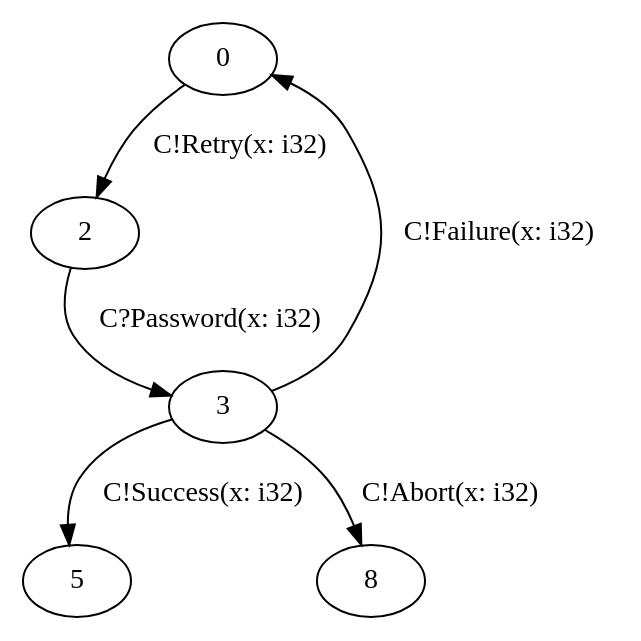
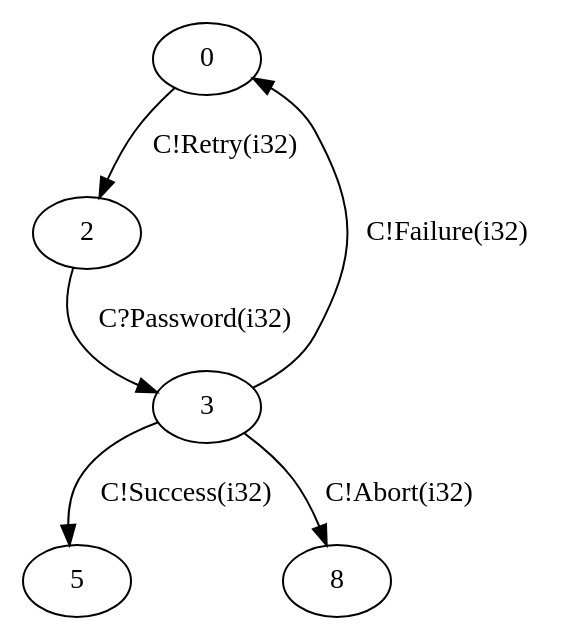
The diagram in examples/Running examples/simple_auth/S.dot (zakcutner/rumpsteak), drawn with Graphviz before and after one commit. The commit also changed 2 other files, not shown here.

```diff
--- a/examples/Running examples/simple_auth/S.dot
+++ b/examples/Running examples/simple_auth/S.dot
@@ -1,15 +1,15 @@
 digraph S {
   0;
   2;
   3;
   5;
   8;
   
   
-  0 -> 2 [label="C!Retry(x: i32)", ];
-  2 -> 3 [label="C?Password(x: i32)", ];
-  3 -> 0 [label="C!Failure(x: i32)", ];
-  3 -> 5 [label="C!Success(x: i32)", ];
-  3 -> 8 [label="C!Abort(x: i32)", ];
+  0 -> 2 [label="C!Retry(i32)", ];
+  2 -> 3 [label="C?Password(i32)", ];
+  3 -> 0 [label="C!Failure(i32)", ];
+  3 -> 5 [label="C!Success(i32)", ];
+  3 -> 8 [label="C!Abort(i32)", ];
   
   }
```
